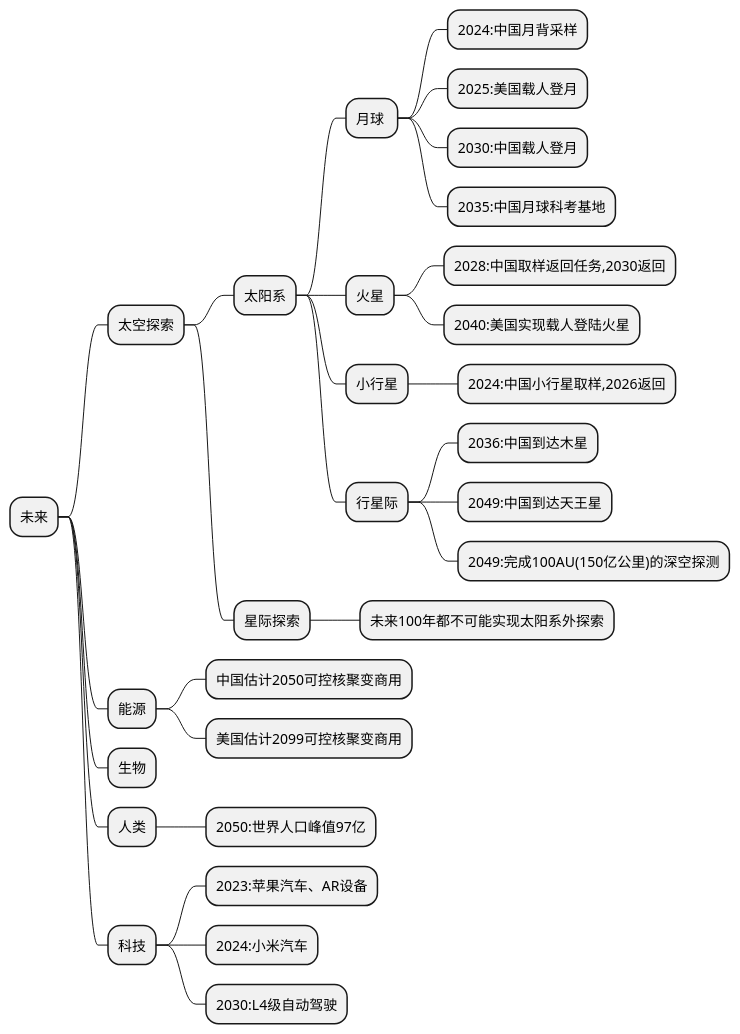
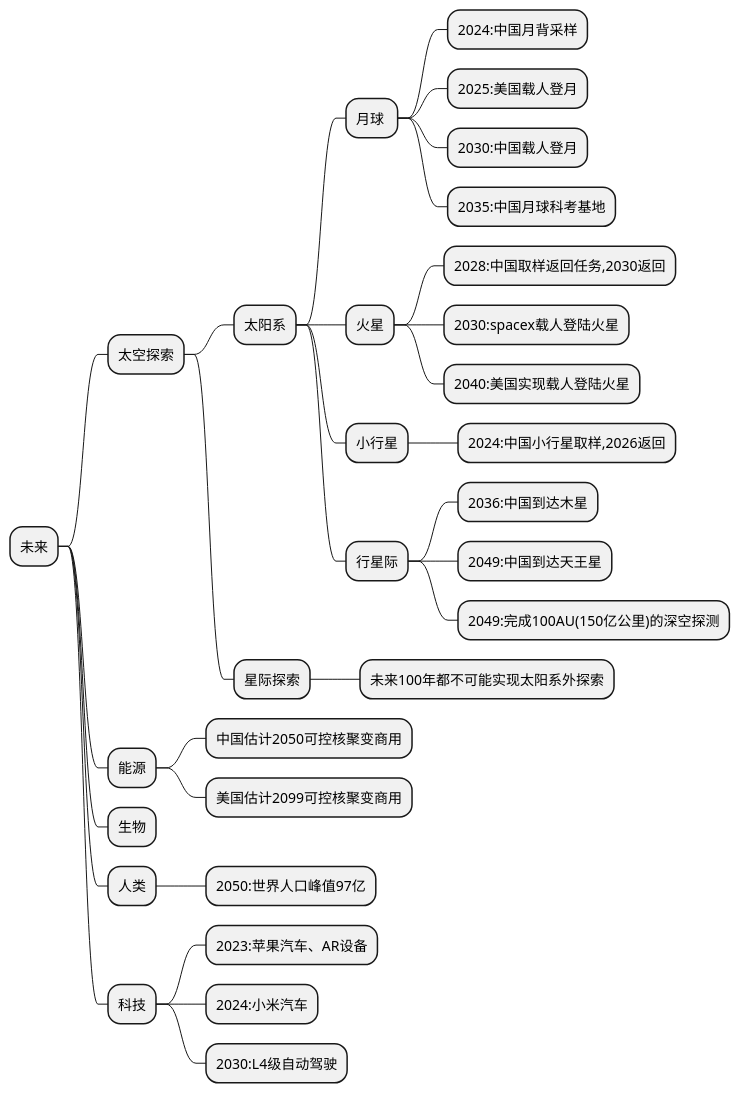
Before and after one commit to Huang2070/alpha-centauri-c: the diagram in D·观点-know_who/未来/可见的未来.plantuml, drawn with PlantUML. The commit also changed 1 other file, not shown here.

```diff
--- a/D·观点-know_who/未来/可见的未来.plantuml
+++ b/D·观点-know_who/未来/可见的未来.plantuml
@@ -1,36 +1,37 @@
 @startmindmap 未来
 * 未来
 
 ** 太空探索
 *** 太阳系
 **** 月球 
 ***** 2024:中国月背采样
 ***** 2025:美国载人登月
 ***** 2030:中国载人登月
 ***** 2035:中国月球科考基地
 **** 火星
 ***** 2028:中国取样返回任务,2030返回
+***** 2030:spacex载人登陆火星
 ***** 2040:美国实现载人登陆火星
 **** 小行星
 ***** 2024:中国小行星取样,2026返回
 **** 行星际
 ***** 2036:中国到达木星
 ***** 2049:中国到达天王星
 ***** 2049:完成100AU(150亿公里)的深空探测
 *** 星际探索
 **** 未来100年都不可能实现太阳系外探索
 
 ** 能源
 *** 中国估计2050可控核聚变商用
 *** 美国估计2099可控核聚变商用
 
 ** 生物
 
 ** 人类
 *** 2050:世界人口峰值97亿
 
 ** 科技
 *** 2023:苹果汽车、AR设备
 *** 2024:小米汽车
 *** 2030:L4级自动驾驶
 @endmindmap
```
